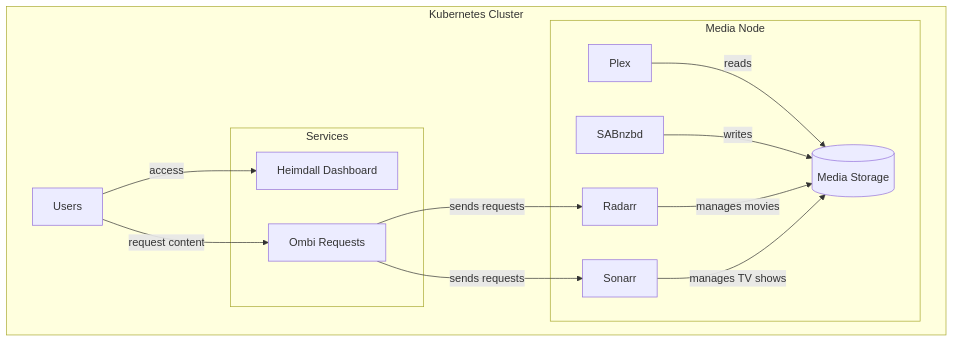
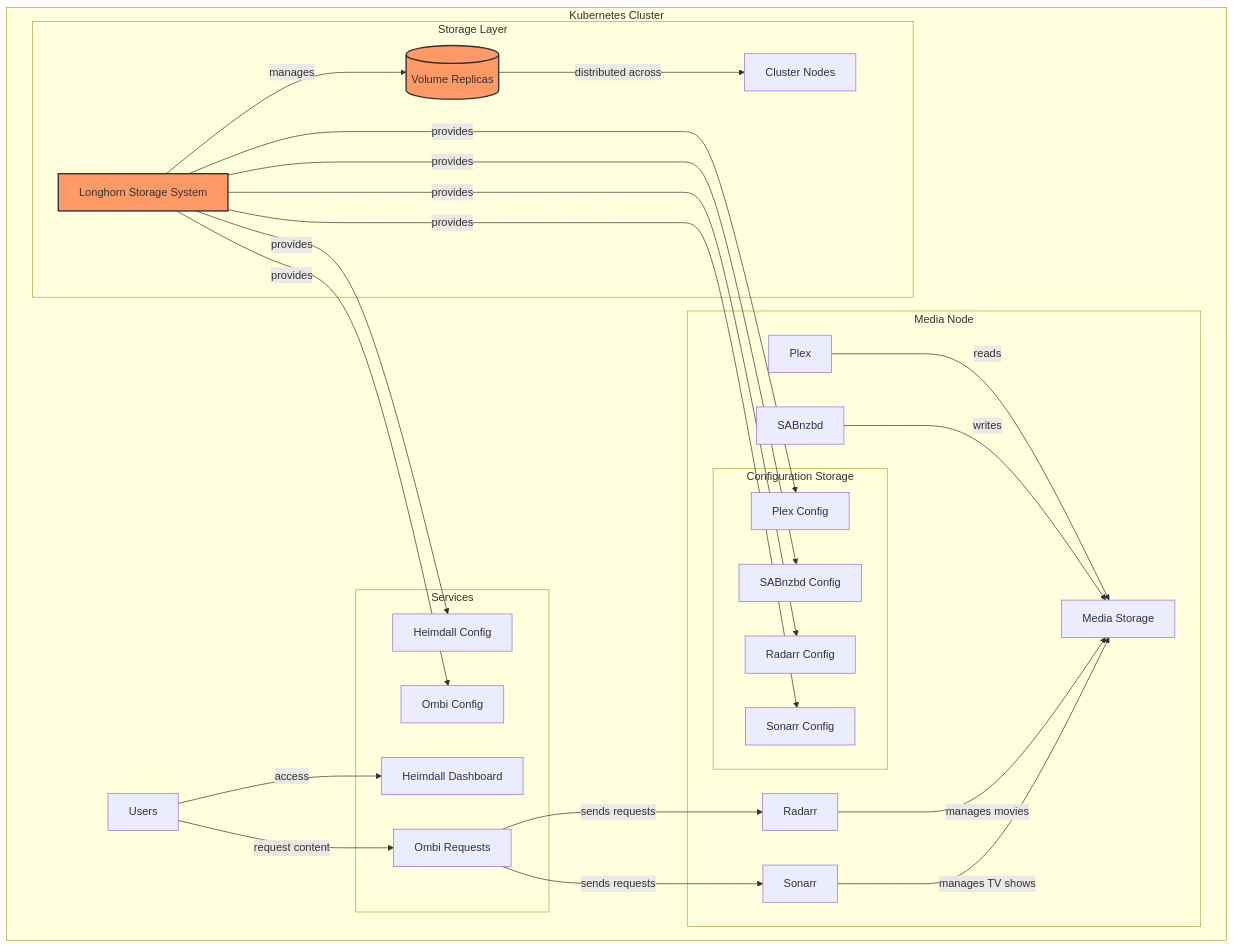
The first of 2 diagrams in README.md (stravos97/kube-mediabox), drawn with Mermaid before and after one commit. The commit also changed other lines of this file, not shown here.

Commit message:
Refactor README.md for improved formatting and clarity; enhance Longhorn storage section with detailed benefits and usage instructions

````diff
--- a/README.md
+++ b/README.md
@@ -115,21 +116,39 @@
 ```mermaid
 graph TB
     subgraph "Kubernetes Cluster"
+        subgraph "Storage Layer"
+            L[Longhorn Storage System]
+            L --> |manages| V[(Volume Replicas)]
+            V --> |distributed across| N[Cluster Nodes]
+        end
+        
         subgraph "Media Node"
-            P[Plex] --> |reads| M[(Media Storage)]
+            P[Plex] --> |reads| M[Media Storage]
             S[SABnzbd] --> |writes| M
             R[Radarr] --> |manages movies| M
             SO[Sonarr] --> |manages TV shows| M
+            
+            subgraph "Configuration Storage"
+                L --> |provides| C1[Plex Config]
+                L --> |provides| C2[SABnzbd Config]
+                L --> |provides| C3[Radarr Config]
+                L --> |provides| C4[Sonarr Config]
+            end
         end
         
         subgraph "Services"
             H[Heimdall Dashboard]
             O[Ombi Requests]
+            L --> |provides| C5[Heimdall Config]
+            L --> |provides| C6[Ombi Config]
         end
         
         U[Users] --> |access| H
         U --> |request content| O
         O --> |sends requests| R
         O --> |sends requests| SO
     end
+
+style L fill:#f96,stroke:#333,stroke-width:2px
+style V fill:#f96,stroke:#333,stroke-width:2px
 ```
````
